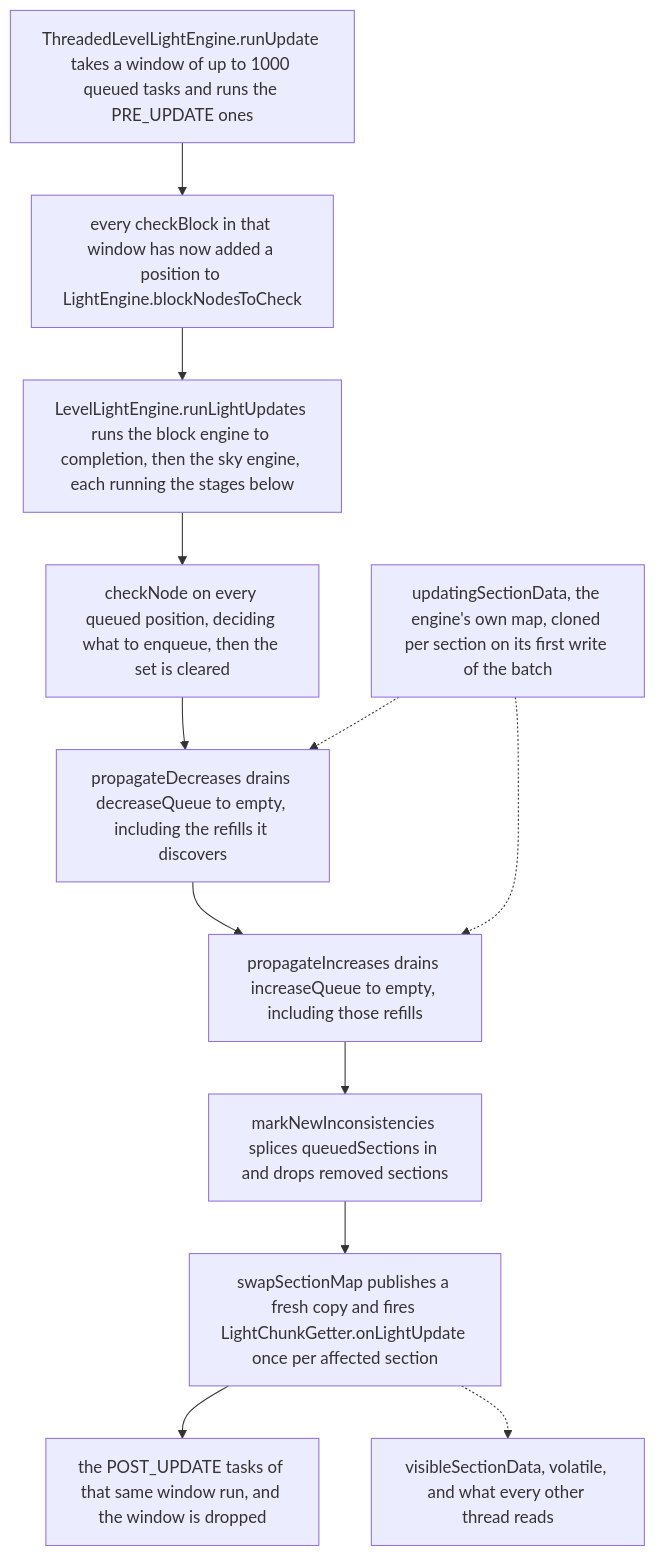
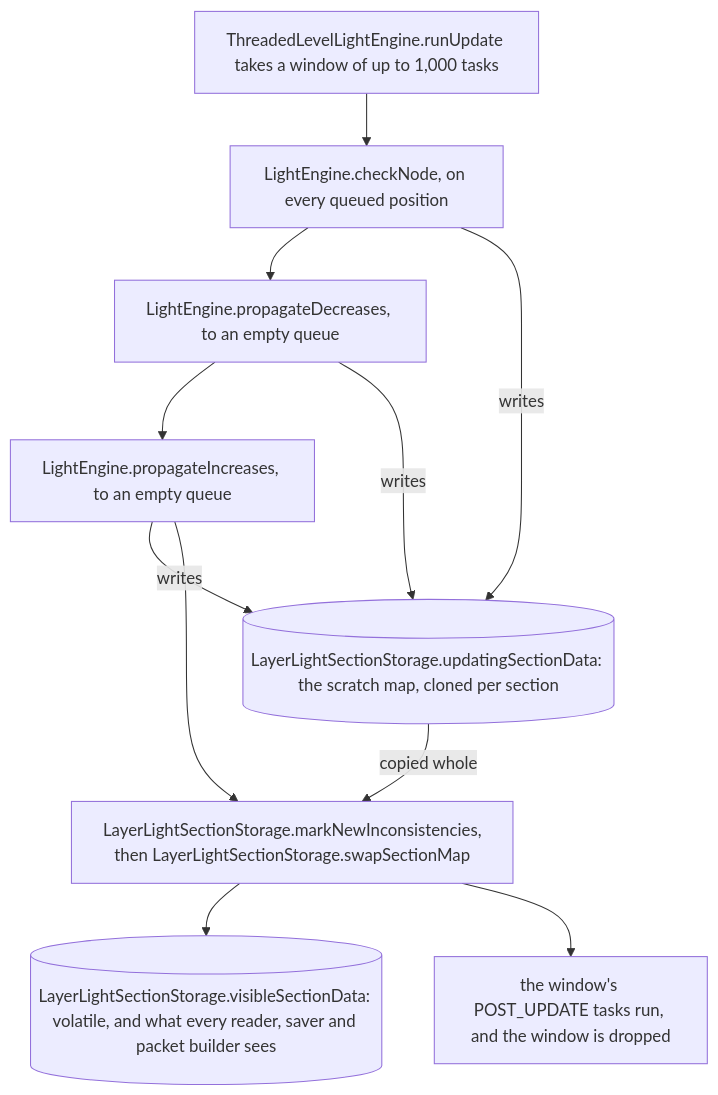
One commit to AlexanderjFraser/MinecraftDocs changed the second of 2 diagrams in src/systems/world/lighting.md. Above: the diagram before and after it, drawn with Mermaid. The commit also changed other lines of this file and 22 other files, not shown here.

````diff
--- a/src/systems/world/lighting.md
+++ b/src/systems/world/lighting.md
@@ -158,15 +169,21 @@
 ```mermaid
 flowchart TD
-    PRE["ThreadedLevelLightEngine.runUpdate takes a window of up to 1000 queued tasks and runs the PRE_UPDATE ones"]
-    PRE --> NODES["every checkBlock in that window has now added a position to LightEngine.blockNodesToCheck"]
-    NODES --> LAYER["LevelLightEngine.runLightUpdates runs the block engine to completion, then the sky engine, each running the stages below"]
-    LAYER --> C["checkNode on every queued position, deciding what to enqueue, then the set is cleared"]
-    C --> D["propagateDecreases drains decreaseQueue to empty, including the refills it discovers"]
-    D --> I["propagateIncreases drains increaseQueue to empty, including those refills"]
-    I --> M["markNewInconsistencies splices queuedSections in and drops removed sections"]
-    M --> S["swapSectionMap publishes a fresh copy and fires LightChunkGetter.onLightUpdate once per affected section"]
-    S --> POST["the POST_UPDATE tasks of that same window run, and the window is dropped"]
-    UP["updatingSectionData, the engine's own map, cloned per section on its first write of the batch"] -.-> D
-    UP -.-> I
-    S -.-> VIS["visibleSectionData, volatile, and what every other thread reads"]
+    PRE["ThreadedLevelLightEngine.runUpdate takes a window of up to 1,000 tasks"]
+    C["LightEngine.checkNode, on every queued position"]
+    D["LightEngine.propagateDecreases, to an empty queue"]
+    I["LightEngine.propagateIncreases, to an empty queue"]
+    UP[("LayerLightSectionStorage.updatingSectionData: the scratch map, cloned per section")]
+    S["LayerLightSectionStorage.markNewInconsistencies,<br/>then LayerLightSectionStorage.swapSectionMap"]
+    VIS[("LayerLightSectionStorage.visibleSectionData: volatile, and what every reader, saver and packet builder sees")]
+    POST["the window's POST_UPDATE tasks run, and the window is dropped"]
+    PRE --> C
+    C --> D
+    D --> I
+    C -- "writes" --> UP
+    D -- "writes" --> UP
+    I -- "writes" --> UP
+    I --> S
+    UP -- "copied whole" --> S
+    S --> VIS
+    S --> POST
 ```
````
